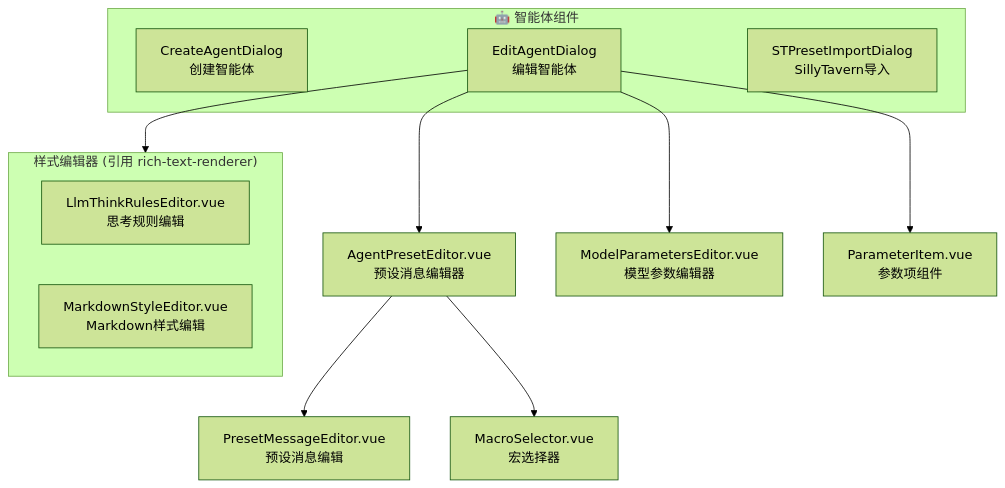
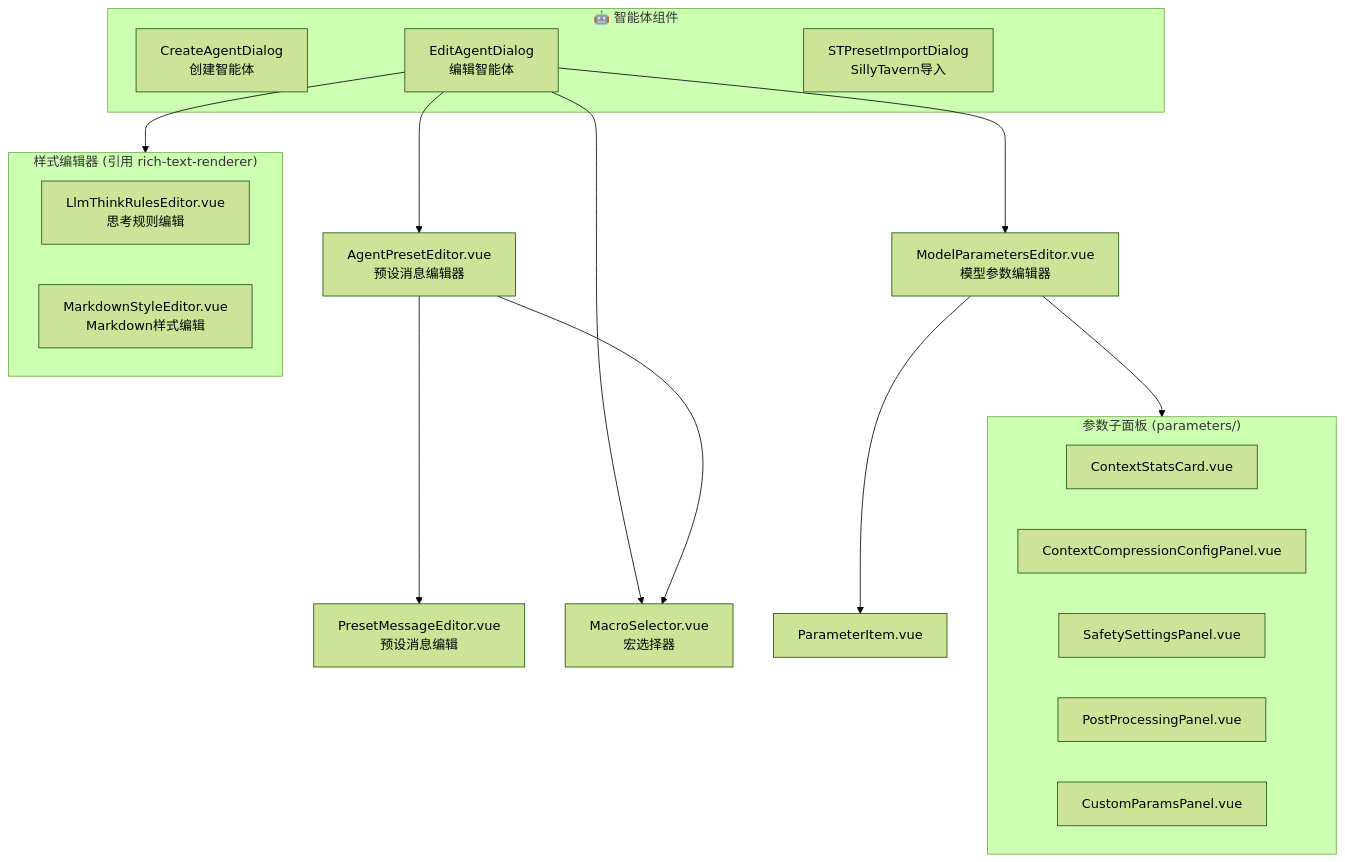
One commit to miaotouy/aio-hub changed the sixth of 13 diagrams in docs/llm-chat-ui-structure.md. Above: the diagram before and after it, drawn with Mermaid (forest theme). The commit also changed other lines of this file, not shown here.

````diff
--- a/docs/llm-chat-ui-structure.md
+++ b/docs/llm-chat-ui-structure.md
@@ -281,21 +331,32 @@
 ```mermaid
 flowchart TB
     subgraph AgentComponents["🤖 智能体组件"]
         CreateAgentDialog["CreateAgentDialog<br/>创建智能体"]
         EditAgentDialog2["EditAgentDialog<br/>编辑智能体"]
         STPresetImportDialog["STPresetImportDialog<br/>SillyTavern导入"]
     end
-    
+
     EditAgentDialog2 --> AgentPresetEditor["AgentPresetEditor.vue<br/>预设消息编辑器"]
     EditAgentDialog2 --> ModelParametersEditor["ModelParametersEditor.vue<br/>模型参数编辑器"]
-    EditAgentDialog2 --> ParameterItem["ParameterItem.vue<br/>参数项组件"]
-    
+    EditAgentDialog2 --> MacroSelector["MacroSelector.vue<br/>宏选择器"]
+
+    subgraph ParamPanels["参数子面板 (parameters/)"]
+        ContextStatsCard["ContextStatsCard.vue"]
+        ContextCompressionConfigPanel["ContextCompressionConfigPanel.vue"]
+        SafetySettingsPanel["SafetySettingsPanel.vue"]
+        PostProcessingPanel["PostProcessingPanel.vue"]
+        CustomParamsPanel["CustomParamsPanel.vue"]
+    end
+
+    ModelParametersEditor --> ParamPanels
+    ModelParametersEditor --> ParameterItem["ParameterItem.vue"]
+
     subgraph RichTextEditors["样式编辑器 (引用 rich-text-renderer)"]
         LlmThinkRulesEditor["LlmThinkRulesEditor.vue<br/>思考规则编辑"]
         MarkdownStyleEditor["MarkdownStyleEditor.vue<br/>Markdown样式编辑"]
     end
-    
+
     EditAgentDialog2 --> RichTextEditors
     AgentPresetEditor --> PresetMessageEditor["PresetMessageEditor.vue<br/>预设消息编辑"]
     AgentPresetEditor --> MacroSelector["MacroSelector.vue<br/>宏选择器"]
 ```
````
